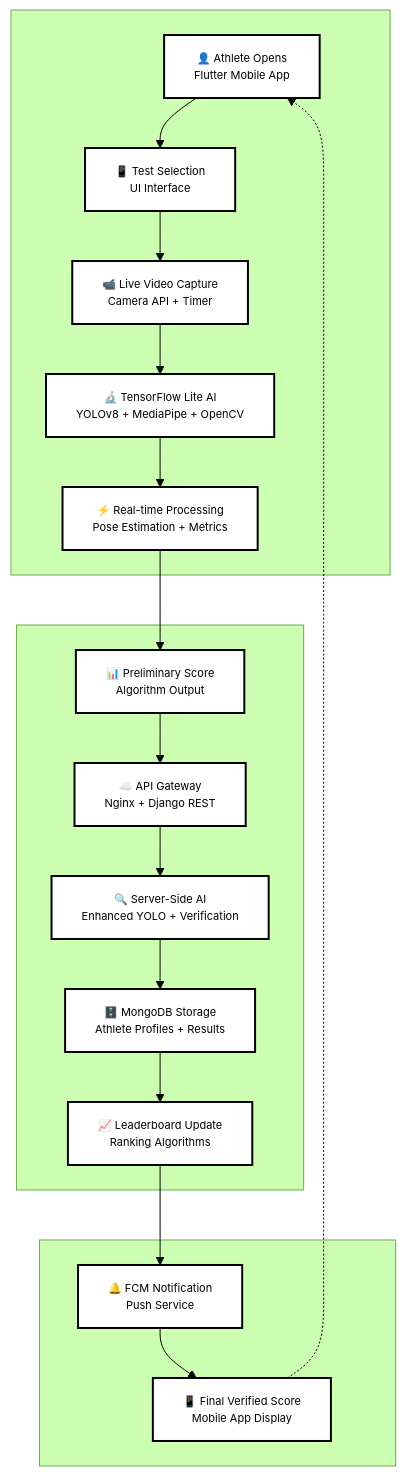
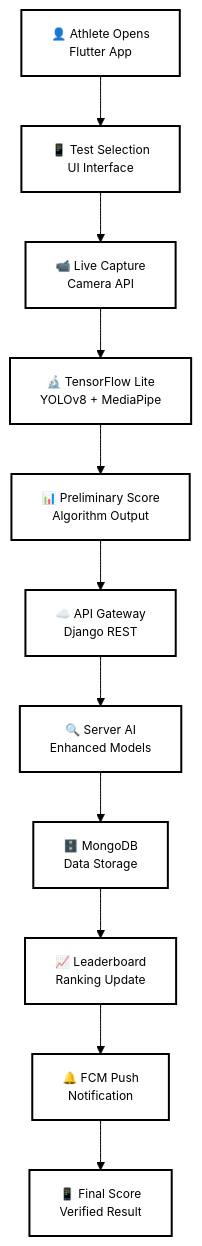
One commit to Nachiket2004/SIH_2025 changed the fourth of 5 diagrams in .kiro/specs/ai-sports-talent-platform/design.md. Above: the diagram before and after it, drawn with Mermaid (forest theme).

````diff
--- a/.kiro/specs/ai-sports-talent-platform/design.md
+++ b/.kiro/specs/ai-sports-talent-platform/design.md
@@ -128,31 +128,17 @@
 ```mermaid
 flowchart TD
-    subgraph " "
-        A[👤 Athlete Opens<br/>Flutter Mobile App]
-        B[📱 Test Selection<br/>UI Interface]
-        C[📹 Live Video Capture<br/>Camera API + Timer]
-        D[🔬 TensorFlow Lite AI<br/>YOLOv8 + MediaPipe + OpenCV]
-        E[⚡ Real-time Processing<br/>Pose Estimation + Metrics]
-    end
+    A[👤 Athlete Opens<br/>Flutter App] --> B[📱 Test Selection<br/>UI Interface]
+    B --> C[📹 Live Capture<br/>Camera API]
+    C --> D[🔬 TensorFlow Lite<br/>YOLOv8 + MediaPipe]
     
-    subgraph "  "
-        F[📊 Preliminary Score<br/>Algorithm Output]
-        G[☁️ API Gateway<br/>Nginx + Django REST]
-        H[🔍 Server-Side AI<br/>Enhanced YOLO + Verification]
-        I[🗄️ MongoDB Storage<br/>Athlete Profiles + Results]
-        J[📈 Leaderboard Update<br/>Ranking Algorithms]
-    end
+    D --> E[📊 Preliminary Score<br/>Algorithm Output]
+    E --> F[☁️ API Gateway<br/>Django REST]
+    F --> G[🔍 Server AI<br/>Enhanced Models]
+    G --> H[🗄️ MongoDB<br/>Data Storage]
     
-    subgraph "   "
-        K[🔔 FCM Notification<br/>Push Service]
-        L[📱 Final Verified Score<br/>Mobile App Display]
-    end
+    H --> I[📈 Leaderboard<br/>Ranking Update]
+    I --> J[🔔 FCM Push<br/>Notification]
+    J --> K[📱 Final Score<br/>Verified Result]
     
-    A --> B --> C --> D --> E
-    E --> F
-    F --> G --> H --> I --> J
-    J --> K --> L
-    L -.-> A
-    
-    classDef default fill:#ffffff,stroke:#000000,stroke-width:2px,color:#000000,font-size:11px
+    classDef default fill:#ffffff,stroke:#000000,stroke-width:2px,color:#000000,font-size:12px
 ```
````
